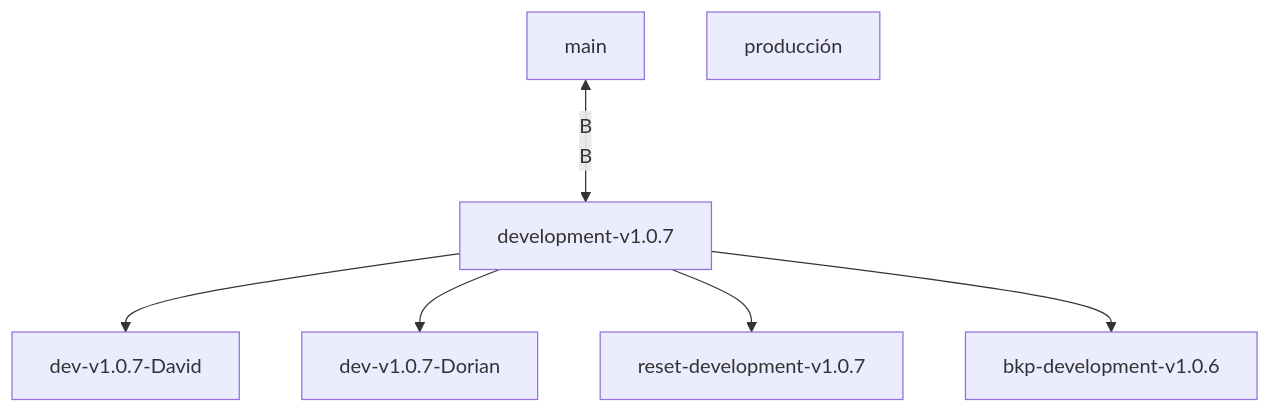
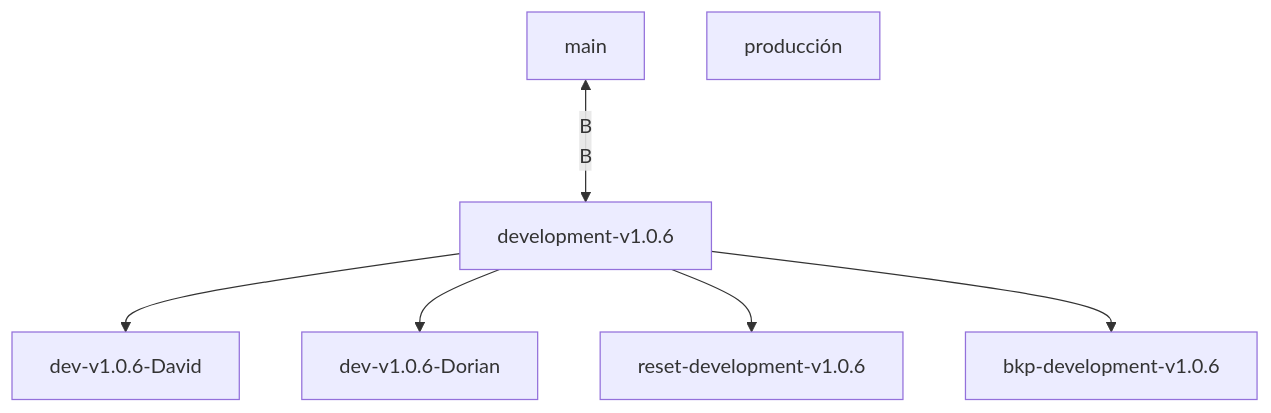
Before and after one commit to dorianprogrammer/SINPEConectaCR: the first of 2 diagrams in docs/architecture/branching-strategy.md, drawn with Mermaid. The commit also changed other lines of this file, not shown here.

````diff
--- a/docs/architecture/branching-strategy.md
+++ b/docs/architecture/branching-strategy.md
@@ -67,17 +64,17 @@
 ```mermaid
 graph TD
     A[main]
     B[producción]
-    C[development-v1.0.7]
-    D1[dev-v1.0.7-David]
-    D2[dev-v1.0.7-Dorian]
-    E1[reset-development-v1.0.7]
+    C[development-v1.0.6]
+    D1[dev-v1.0.6-David]
+    D2[dev-v1.0.6-Dorian]
+    E1[reset-development-v1.0.6]
     E2[bkp-development-v1.0.6]
 
     A <-- B
     B --> C
     C --> D1
     C --> D2
     C --> E1
     C --> E2
 ```
````
